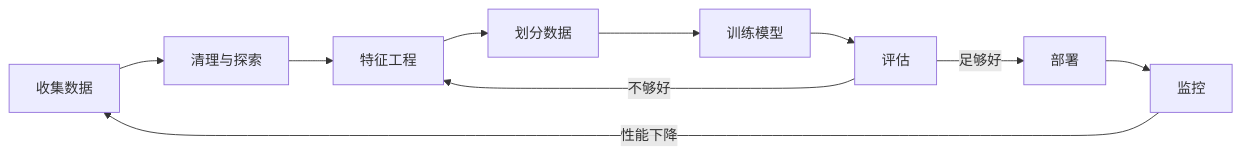
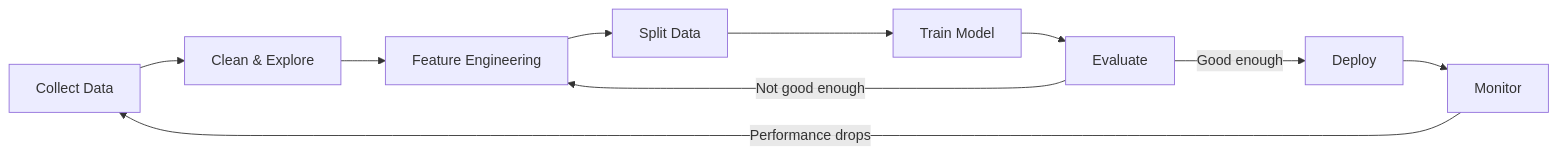
Before and after one commit to xiaojiaenen/ai-engineering-from-scratch-zh: the third of 6 diagrams in i18n/zh/phases/02-ml-fundamentals/01-what-is-machine-learning/docs/zh.md, drawn with Mermaid. The commit also changed other lines of this file and 18 other files, not shown here.

````diff
--- a/i18n/zh/phases/02-ml-fundamentals/01-what-is-machine-learning/docs/zh.md
+++ b/i18n/zh/phases/02-ml-fundamentals/01-what-is-machine-learning/docs/zh.md
@@ -124,12 +124,12 @@
 ```mermaid
 flowchart LR
-    A[收集数据] --> B[清理与探索]
-    B --> C[特征工程]
-    C --> D[划分数据]
-    D --> E[训练模型]
-    E --> F[评估]
-    F -->|不够好| C
-    F -->|足够好| G[部署]
-    G --> H[监控]
-    H -->|性能下降| A
+    A[Collect Data] --> B[Clean & Explore]
+    B --> C[Feature Engineering]
+    C --> D[Split Data]
+    D --> E[Train Model]
+    E --> F[Evaluate]
+    F -->|Not good enough| C
+    F -->|Good enough| G[Deploy]
+    G --> H[Monitor]
+    H -->|Performance drops| A
 ```
````
